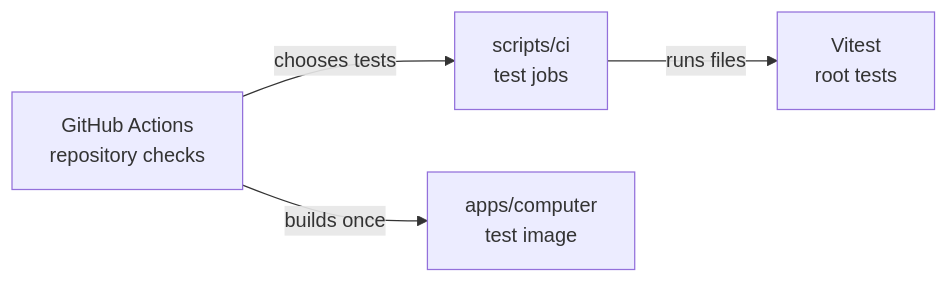
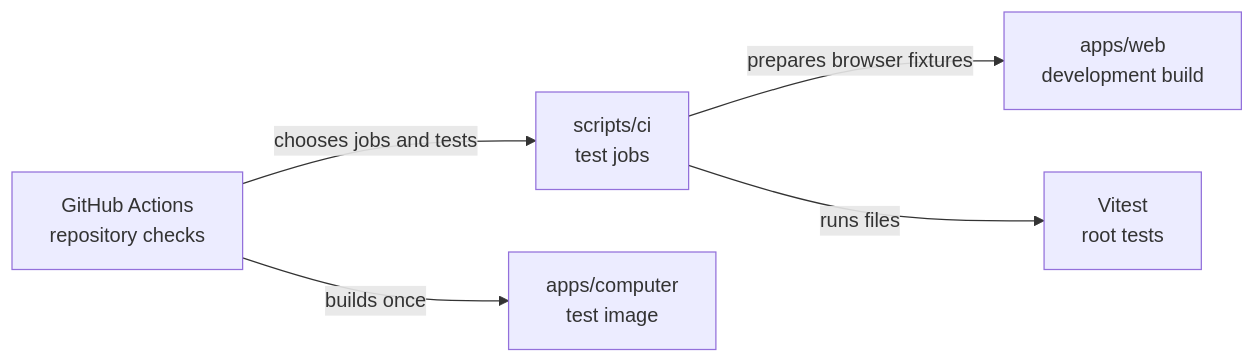
The diagram in scripts/ci/README.md (elewa-git/opencrane-new), drawn with Mermaid before and after one commit. The commit also changed other lines of this file and 18 other files, not shown here.

Commit message:
⚡ Balance CI shards and prepare browser fixtures

````diff
--- a/scripts/ci/README.md
+++ b/scripts/ci/README.md
@@ -12,6 +12,7 @@
 ```mermaid
 flowchart LR
-  actions["GitHub Actions<br/>repository checks"] -->|chooses tests| ci["scripts/ci<br/>test jobs"]
+  actions["GitHub Actions<br/>repository checks"] -->|chooses jobs and tests| ci["scripts/ci<br/>test jobs"]
+  ci -->|prepares browser fixtures| web["apps/web<br/>development build"]
   ci -->|runs files| vitest["Vitest<br/>root tests"]
   actions -->|builds once| computer["apps/computer<br/>test image"]
 ```
````
